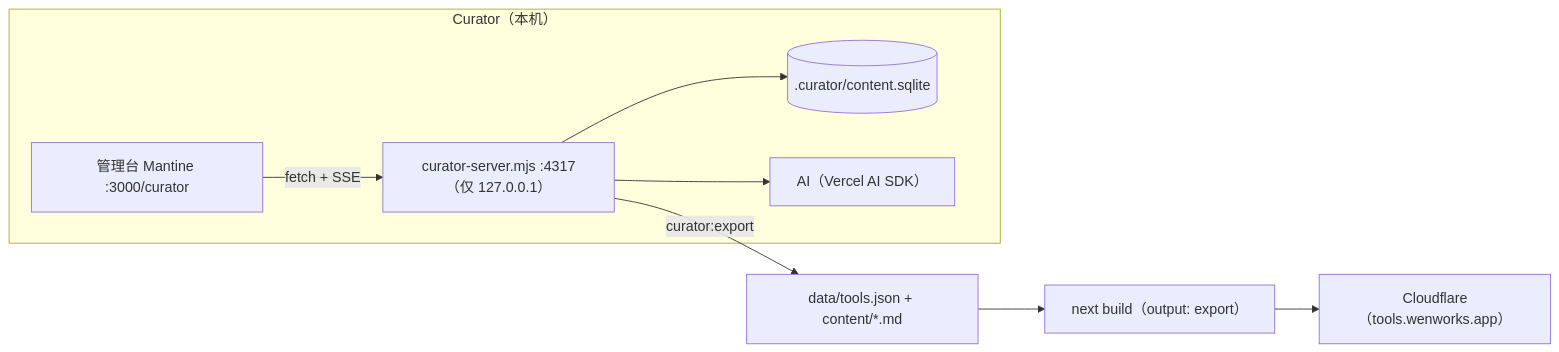
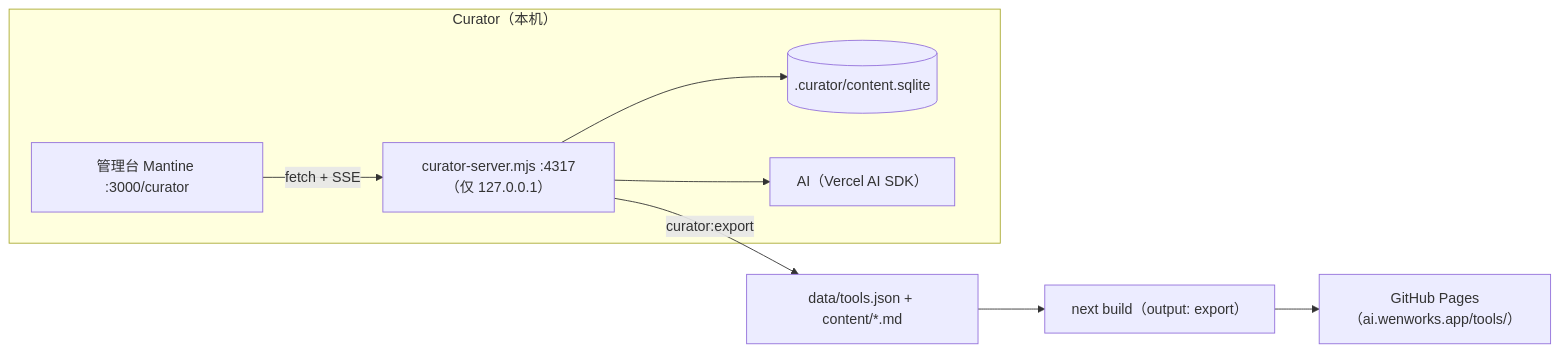
One commit to robeshell/wenworks-ai changed the diagram in sites/tools/docs/architecture.md. Above: the diagram before and after it, drawn with Mermaid. The commit also changed other lines of this file and 28 other files, not shown here.

````diff
--- a/sites/tools/docs/architecture.md
+++ b/sites/tools/docs/architecture.md
@@ -17,15 +17,15 @@
 ```mermaid
 flowchart LR
   subgraph Curator["Curator（本机）"]
     UI["管理台 Mantine :3000/curator"]
     SRV["curator-server.mjs :4317（仅 127.0.0.1）"]
     DB[(".curator/content.sqlite")]
     AGENT["AI（Vercel AI SDK）"]
     UI -->|fetch + SSE| SRV
     SRV --> DB
     SRV --> AGENT
   end
   SRV -->|"curator:export"| EXPORT["data/tools.json + content/*.md"]
   EXPORT --> BUILD["next build（output: export）"]
-  BUILD --> PAGES["Cloudflare（tools.wenworks.app）"]
+  BUILD --> PAGES["GitHub Pages（ai.wenworks.app/tools/）"]
 ```
````
